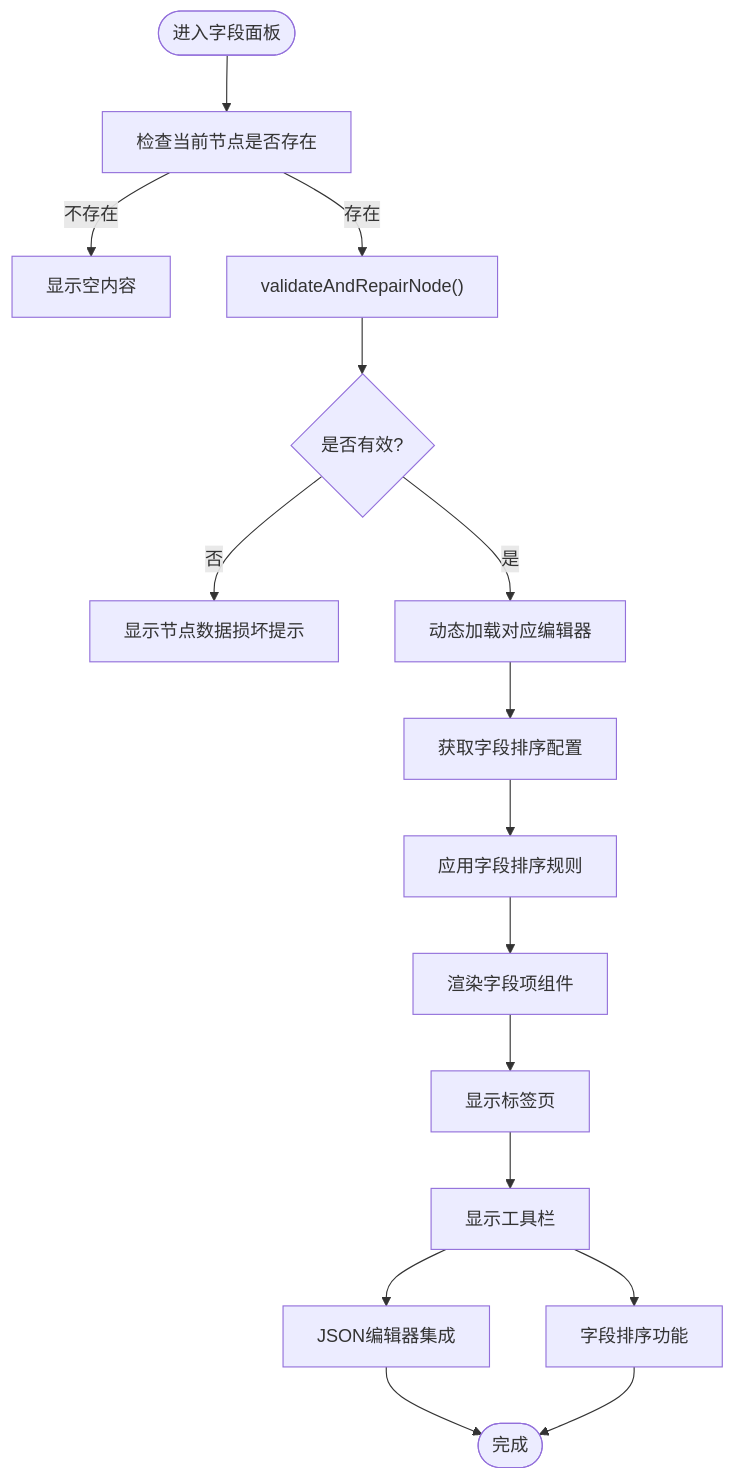
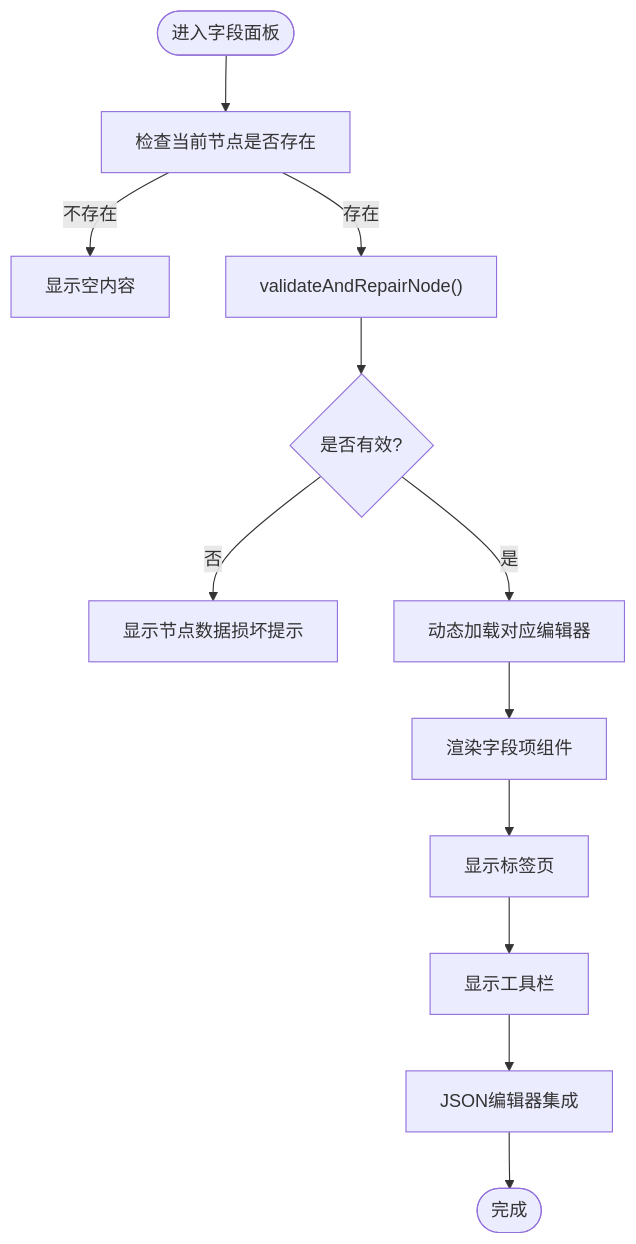
The third of 7 diagrams in .qoder/repowiki/zh/content/用户界面/面板系统/字段面板.md (kqcoxn/MaaPipelineEditor), drawn with Mermaid before and after one commit. The commit also changed other lines of this file and 50 other files, not shown here.

````diff
--- a/.qoder/repowiki/zh/content/用户界面/面板系统/字段面板.md
+++ b/.qoder/repowiki/zh/content/用户界面/面板系统/字段面板.md
@@ -222,18 +216,14 @@
 ```mermaid
 flowchart TD
 Start(["进入字段面板"]) --> CheckNode["检查当前节点是否存在"]
 CheckNode --> |不存在| ShowEmpty["显示空内容"]
 CheckNode --> |存在| Validate["validateAndRepairNode()"]
 Validate --> Valid{"是否有效?"}
 Valid --> |否| ShowError["显示节点数据损坏提示"]
 Valid --> |是| LoadEditor["动态加载对应编辑器"]
-LoadEditor --> GetSortConfig["获取字段排序配置"]
-GetSortConfig --> ApplySort["应用字段排序规则"]
-ApplySort --> Render["渲染字段项组件"]
+LoadEditor --> Render["渲染字段项组件"]
 Render --> Tabs["显示标签页"]
 Tabs --> Tools["显示工具栏"]
 Tools --> JSONEditor["JSON编辑器集成"]
-Tools --> FieldSort["字段排序功能"]
 JSONEditor --> End(["完成"])
-FieldSort --> End
 ```
````
